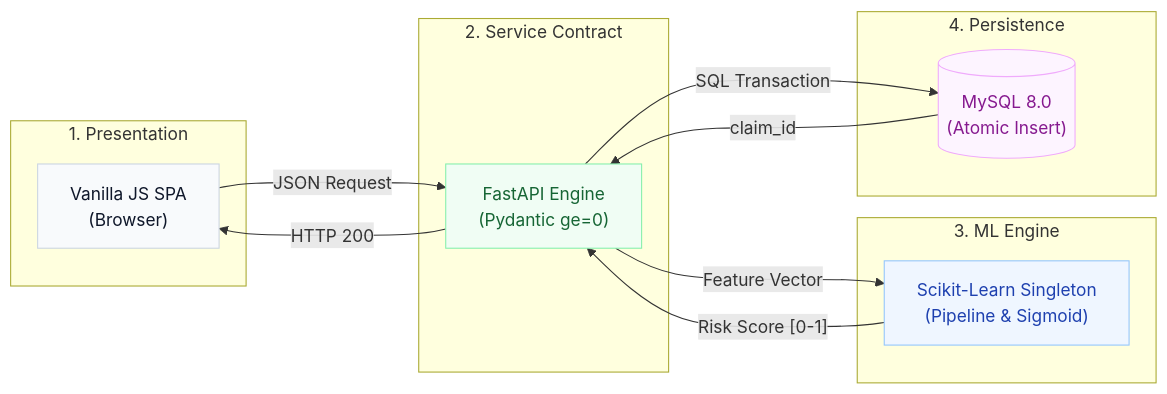
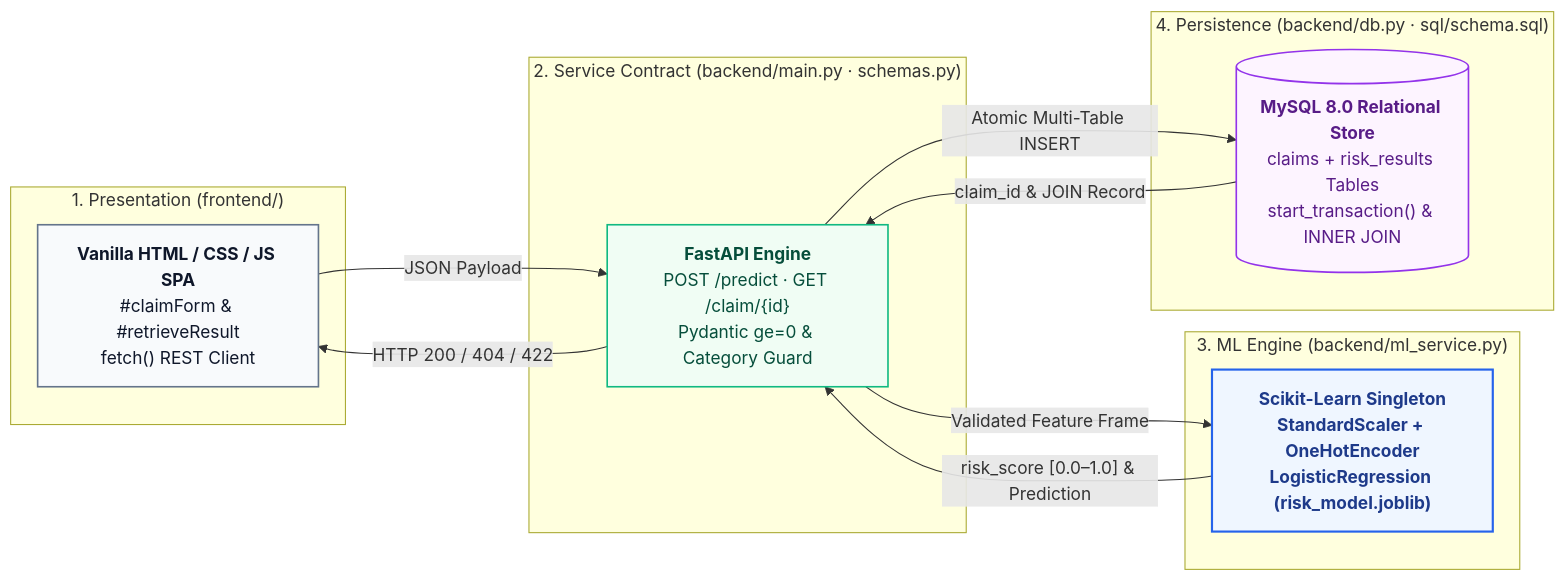
Before and after one commit to SRIVIGHNATEJA/RiskGuard: the diagram in README.md, drawn with Mermaid. The commit also changed other lines of this file, not shown here.

Commit message:
update readme with audited metrics, architecture contracts, and verification details

````diff
--- a/README.md
+++ b/README.md
@@ -29,31 +66,30 @@
 ```mermaid
 flowchart LR
-    %% Colors and Styles
-    classDef client fill:#f8fafc,stroke:#cbd5e1,stroke-width:1px,color:#0f172a;
-    classDef api fill:#f0fdf4,stroke:#86efac,stroke-width:1px,color:#166534;
-    classDef ml fill:#eff6ff,stroke:#93c5fd,stroke-width:1px,color:#1e40af;
-    classDef db fill:#fdf4ff,stroke:#f0abfc,stroke-width:1px,color:#86198f;
+    classDef client fill:#F8FAFC,stroke:#64748B,stroke-width:1.5px,color:#0F172A;
+    classDef api fill:#F0FDF4,stroke:#10B981,stroke-width:1.5px,color:#064E3B;
+    classDef ml fill:#EFF6FF,stroke:#2563EB,stroke-width:2px,color:#1E3A8A,font-weight:bold;
+    classDef db fill:#FDF4FF,stroke:#9333EA,stroke-width:1.5px,color:#581C87;
 
-    subgraph Client [1. Presentation]
-        UI["Vanilla JS SPA<br/>(Browser)"]:::client
+    subgraph Client ["1. Presentation (frontend/)"]
+        UI["<b>Vanilla HTML / CSS / JS SPA</b><br/>#claimForm & #retrieveResult<br/>fetch() REST Client"]:::client
     end
 
-    subgraph Service [2. Service Contract]
-        API["FastAPI Engine<br/>(Pydantic ge=0)"]:::api
+    subgraph Service ["2. Service Contract (backend/main.py · schemas.py)"]
+        API["<b>FastAPI Engine</b><br/>POST /predict · GET /claim/{id}<br/>Pydantic ge=0 & Category Guard"]:::api
     end
 
-    subgraph Inference [3. ML Engine]
-        ML["Scikit-Learn Singleton<br/>(Pipeline & Sigmoid)"]:::ml
+    subgraph Inference ["3. ML Engine (backend/ml_service.py)"]
+        ML["<b>Scikit-Learn Singleton</b><br/>StandardScaler + OneHotEncoder<br/>LogisticRegression (risk_model.joblib)"]:::ml
     end
 
-    subgraph Data [4. Persistence]
-        SQL[("MySQL 8.0<br/>(Atomic Insert)")]:::db
+    subgraph Data ["4. Persistence (backend/db.py · sql/schema.sql)"]
+        SQL[("<b>MySQL 8.0 Relational Store</b><br/>claims + risk_results Tables<br/>start_transaction() & INNER JOIN")]:::db
     end
 
-    UI -- "JSON Request" --> API
-    API -- "Feature Vector" --> ML
-    ML -- "Risk Score [0-1]" --> API
-    API -- "SQL Transaction" --> SQL
-    SQL -- "claim_id" --> API
-    API -- "HTTP 200" --> UI
+    UI -- "JSON Payload" --> API
+    API -- "Validated Feature Frame" --> ML
+    ML -- "risk_score [0.0–1.0] & Prediction" --> API
+    API -- "Atomic Multi-Table INSERT" --> SQL
+    SQL -- "claim_id & JOIN Record" --> API
+    API -- "HTTP 200 / 404 / 422" --> UI
 ```
````
